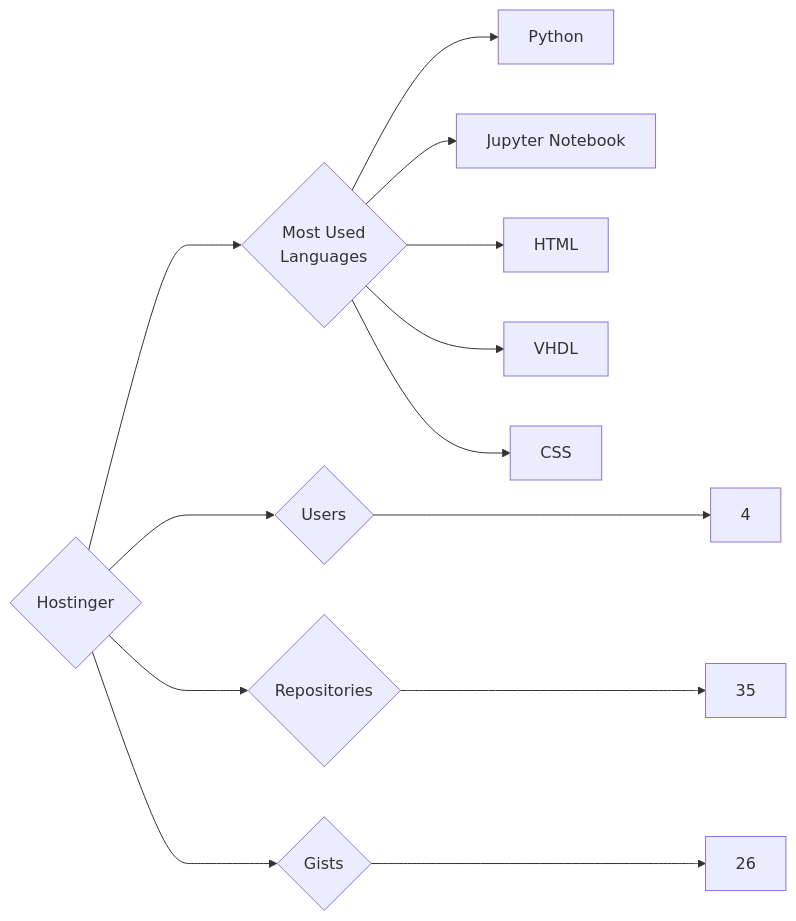
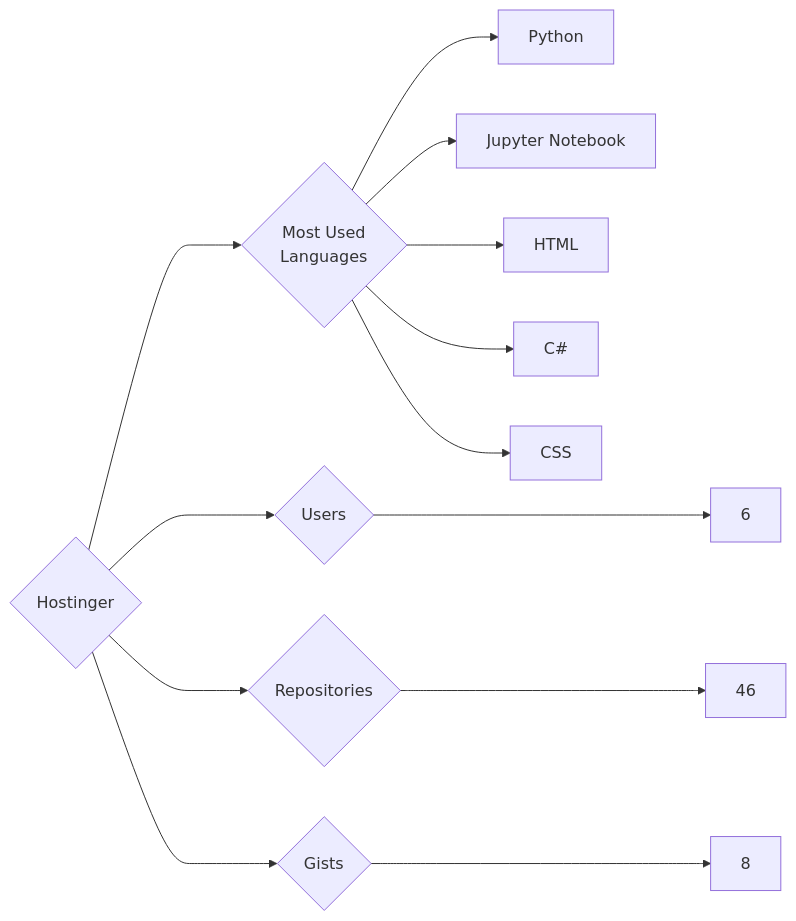
One commit to trickest/insiders changed the diagram in targets/Hostinger/README.md. Above: the diagram before and after it, drawn with Mermaid. The commit also changed 1007 other files, not shown here.

````diff
--- a/targets/Hostinger/README.md
+++ b/targets/Hostinger/README.md
@@ -3,13 +3,13 @@
 ```mermaid
 graph LR
 COMPANY_NAME{Hostinger}
-COMPANY_NAME ---> U{Users} ---> UN[4]
-COMPANY_NAME ---> R{Repositories} ---> RN[35]
-COMPANY_NAME ---> G{Gists} ---> GN[26]
+COMPANY_NAME ---> U{Users} ---> UN[6]
+COMPANY_NAME ---> R{Repositories} ---> RN[46]
+COMPANY_NAME ---> G{Gists} ---> GN[8]
 COMPANY_NAME ---> ML{Most Used<br>Languages}
 ML --> Python[Python]
 ML --> Jupyter_Notebook[Jupyter Notebook]
 ML --> HTML[HTML]
-ML --> VHDL[VHDL]
+ML --> C#[C#]
 ML --> CSS[CSS]
 ```
````
